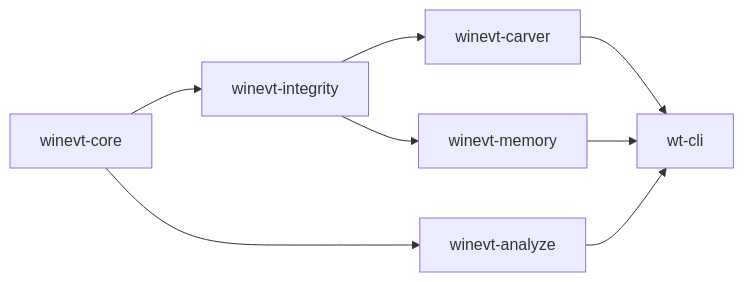
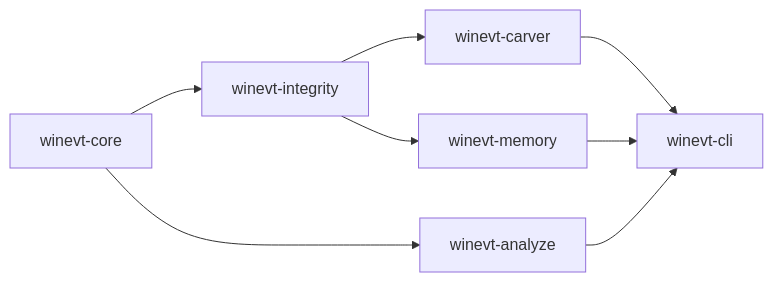
Before and after one commit to SecurityRonin/winevt-forensic: the diagram in README.md, drawn with Mermaid. The commit also changed other lines of this file and 14 other files, not shown here.

First line of the commit message:
refactor(naming): wt-cli -> winevt-cli, binary wt -> ev4n6

````diff
--- a/README.md
+++ b/README.md
@@ -361,10 +361,10 @@
 ```mermaid
 graph LR
     A[winevt-core] --> B[winevt-integrity]
     B --> C[winevt-carver]
     B --> E[winevt-memory]
     A --> F[winevt-analyze]
-    C --> G[wt-cli]
+    C --> G[winevt-cli]
     E --> G
     F --> G
 ```
````
